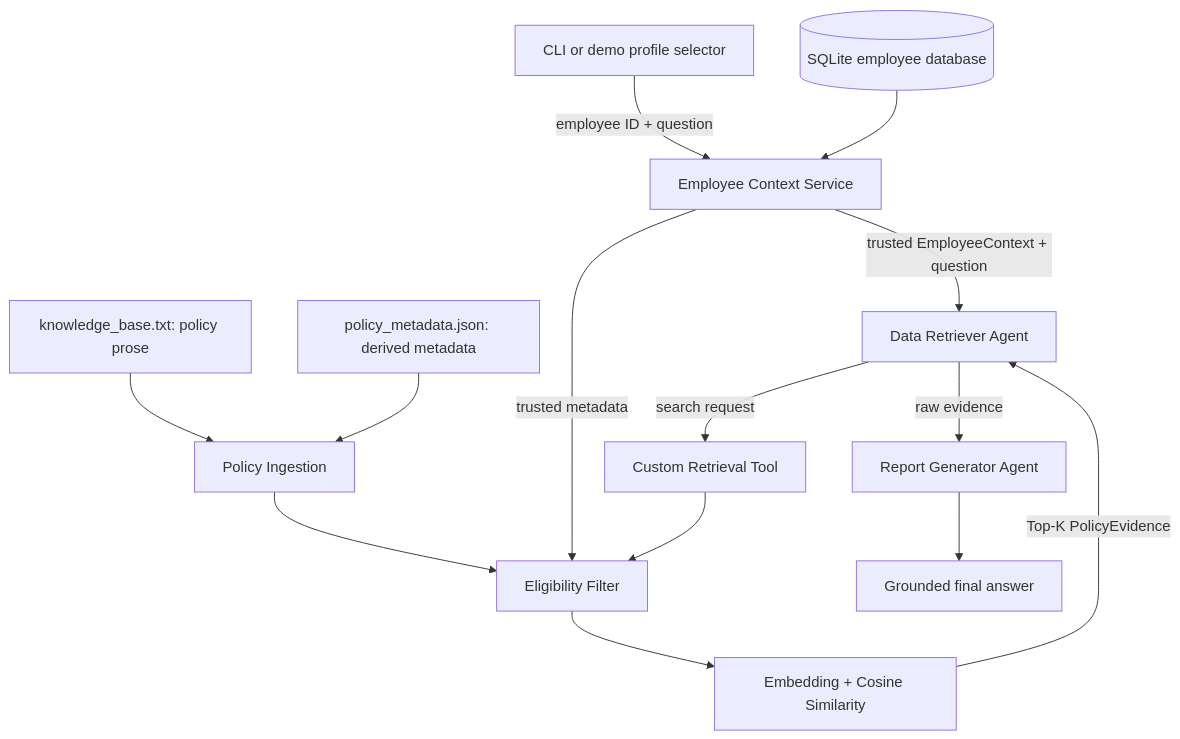
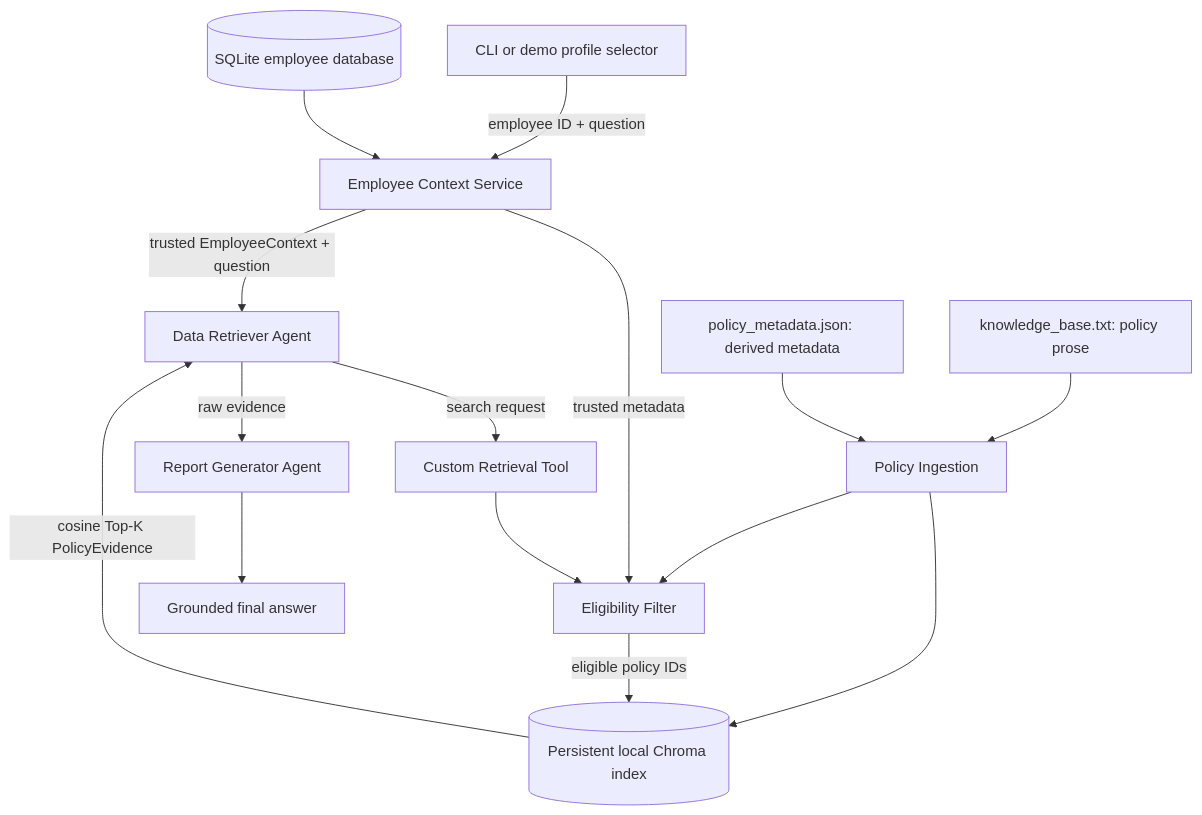
The diagram in docs/ARCHITECTURE.md (Patipat-Panyasukum/bbl-agentic-rag-PatipatPa), drawn with Mermaid before and after one commit. The commit also changed other lines of this file and 39 other files, not shown here.

Commit message:
feat: add evaluation observability and persistent policy retrieval

````diff
--- a/docs/ARCHITECTURE.md
+++ b/docs/ARCHITECTURE.md
@@ -16,16 +17,17 @@
 ```mermaid
 flowchart TD
     UI[CLI or demo profile selector] -->|employee ID + question| EC[Employee Context Service]
     DB[(SQLite employee database)] --> EC
     EC -->|trusted EmployeeContext + question| DR[Data Retriever Agent]
     DR -->|search request| RT[Custom Retrieval Tool]
     KB[knowledge_base.txt: policy prose] --> PP[Policy Ingestion]
     PM[policy_metadata.json: derived metadata] --> PP
+    PP --> VI[(Persistent local Chroma index)]
     PP --> EF[Eligibility Filter]
     EC -->|trusted metadata| EF
-    EF --> SR[Embedding + Cosine Similarity]
+    EF -->|eligible policy IDs| VI
     RT --> EF
-    SR -->|Top-K PolicyEvidence| DR
+    VI -->|cosine Top-K PolicyEvidence| DR
     DR -->|raw evidence| RG[Report Generator Agent]
     RG --> FA[Grounded final answer]
 ```
````
